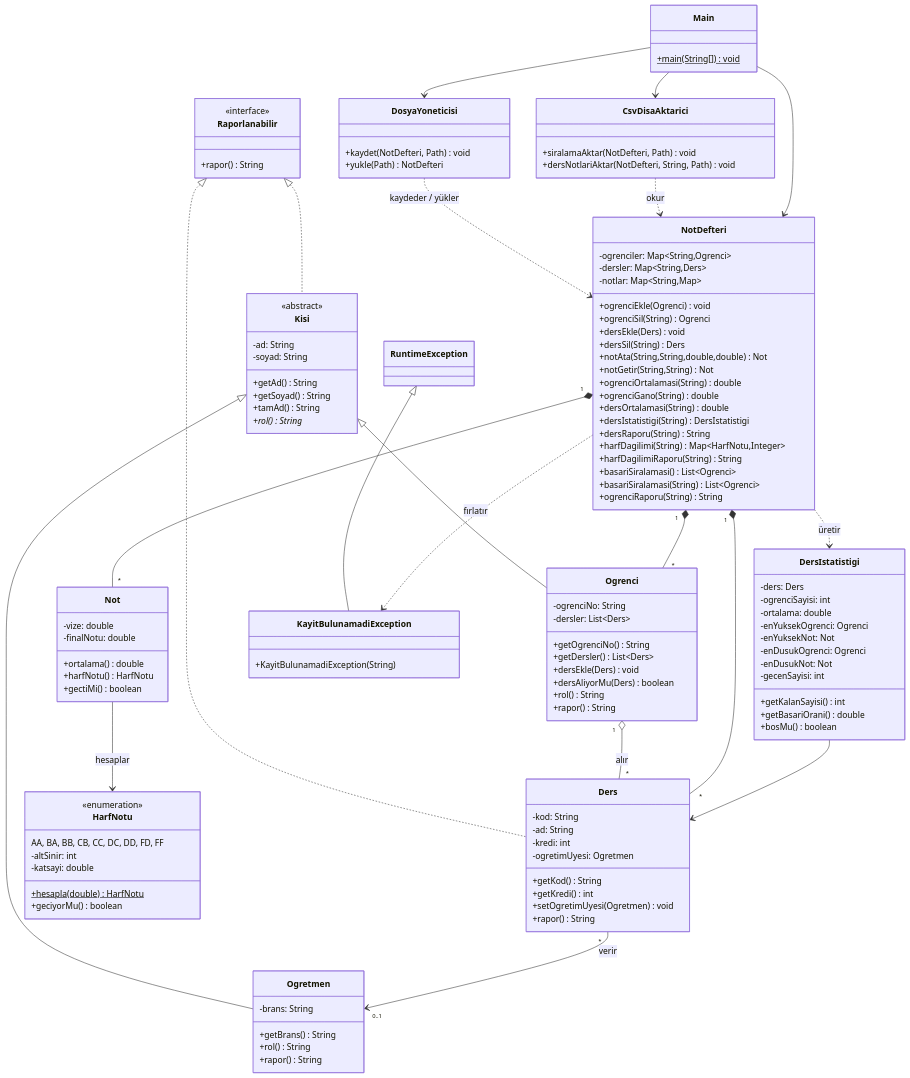
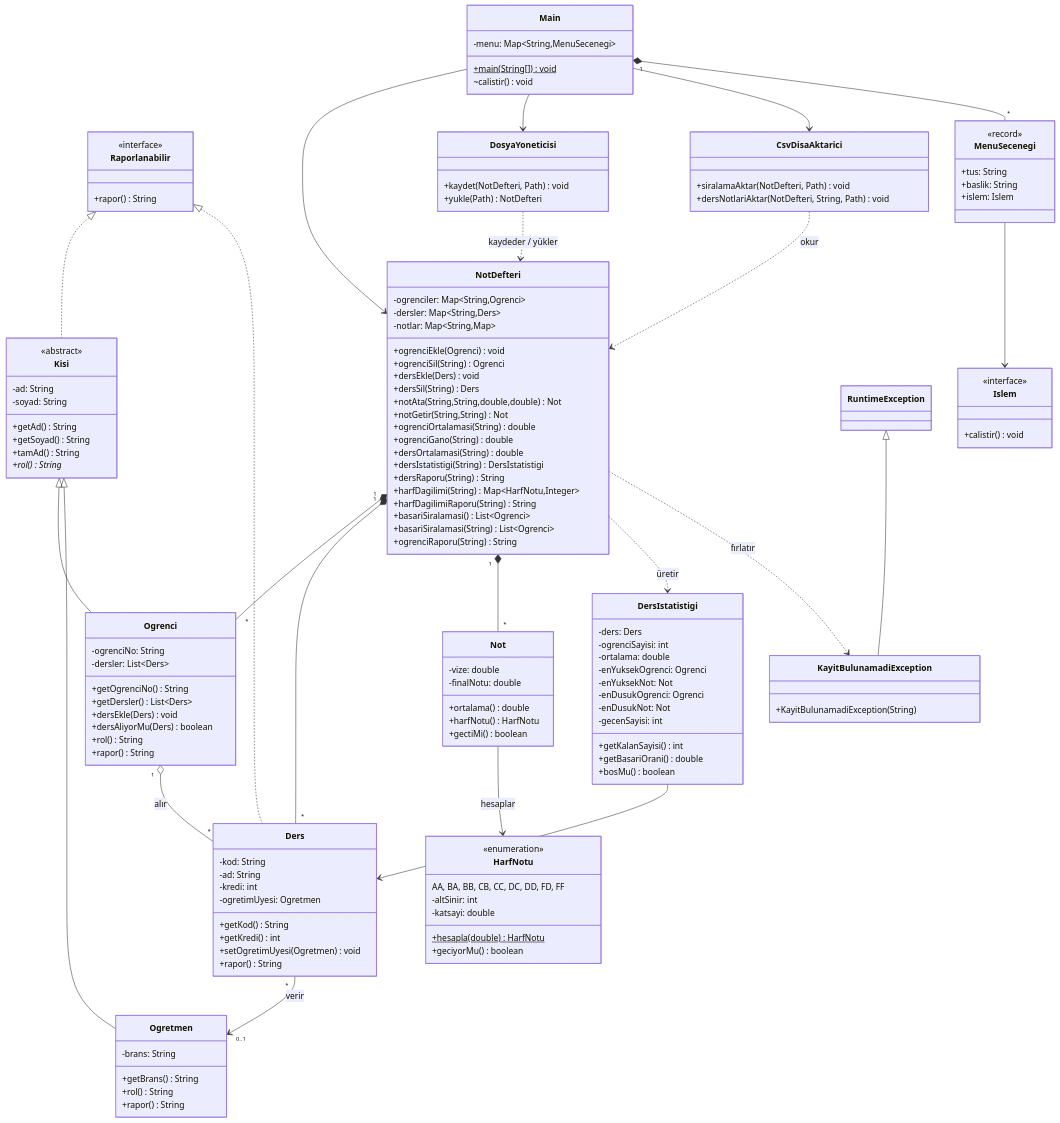
One commit to SKXAN/kyz205-proje-grup-4 changed the diagram in README.md. Above: the diagram before and after it, drawn with Mermaid. The commit also changed other lines of this file and 6 other files, not shown here.

````diff
--- a/README.md
+++ b/README.md
@@ -159,7 +159,21 @@
     }
 
     class Main {
+        -menu: Map~String,MenuSecenegi~
         +main(String[])$ void
+        ~calistir() void
+    }
+
+    class MenuSecenegi {
+        <<record>>
+        +tus: String
+        +baslik: String
+        +islem: Islem
+    }
+
+    class Islem {
+        <<interface>>
+        +calistir() void
     }
 
     Raporlanabilir <|.. Kisi
@@ -182,4 +196,6 @@
     Main --> NotDefteri
     Main --> DosyaYoneticisi
     Main --> CsvDisaAktarici
+    Main "1" *-- "*" MenuSecenegi
+    MenuSecenegi --> Islem
 ```
````
